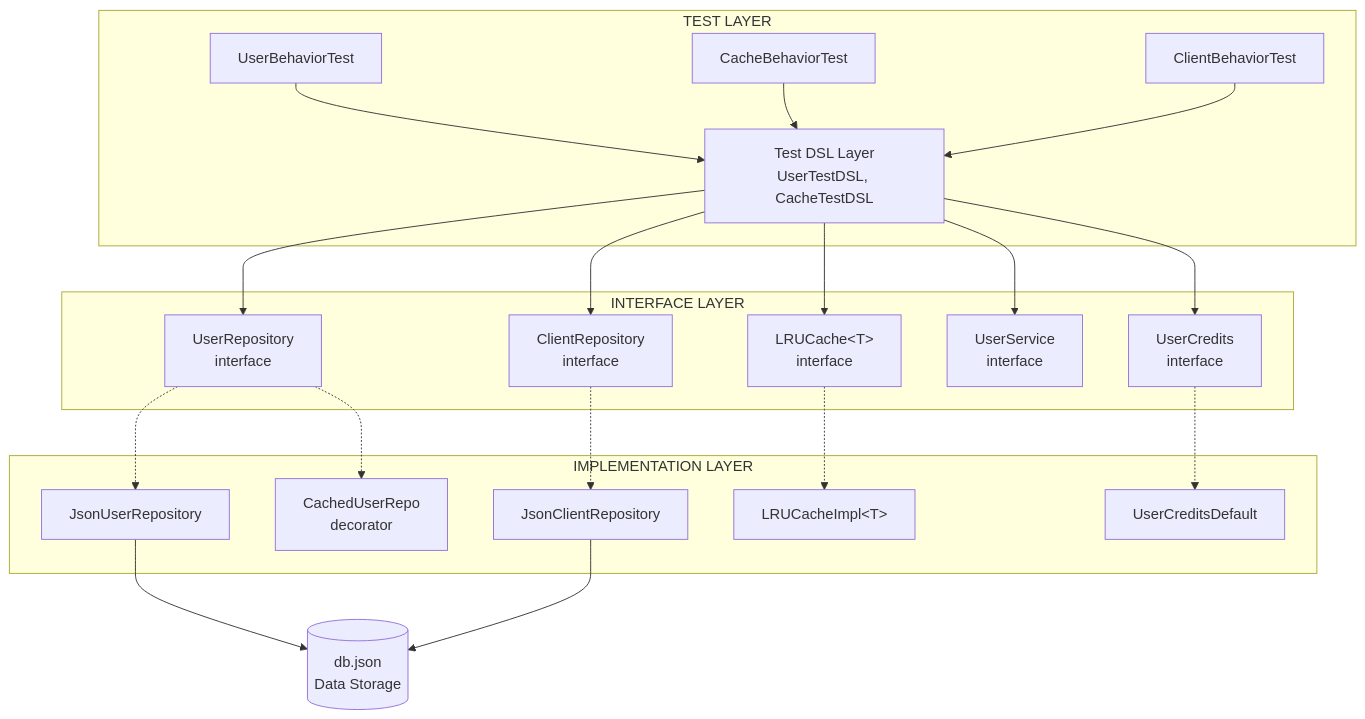
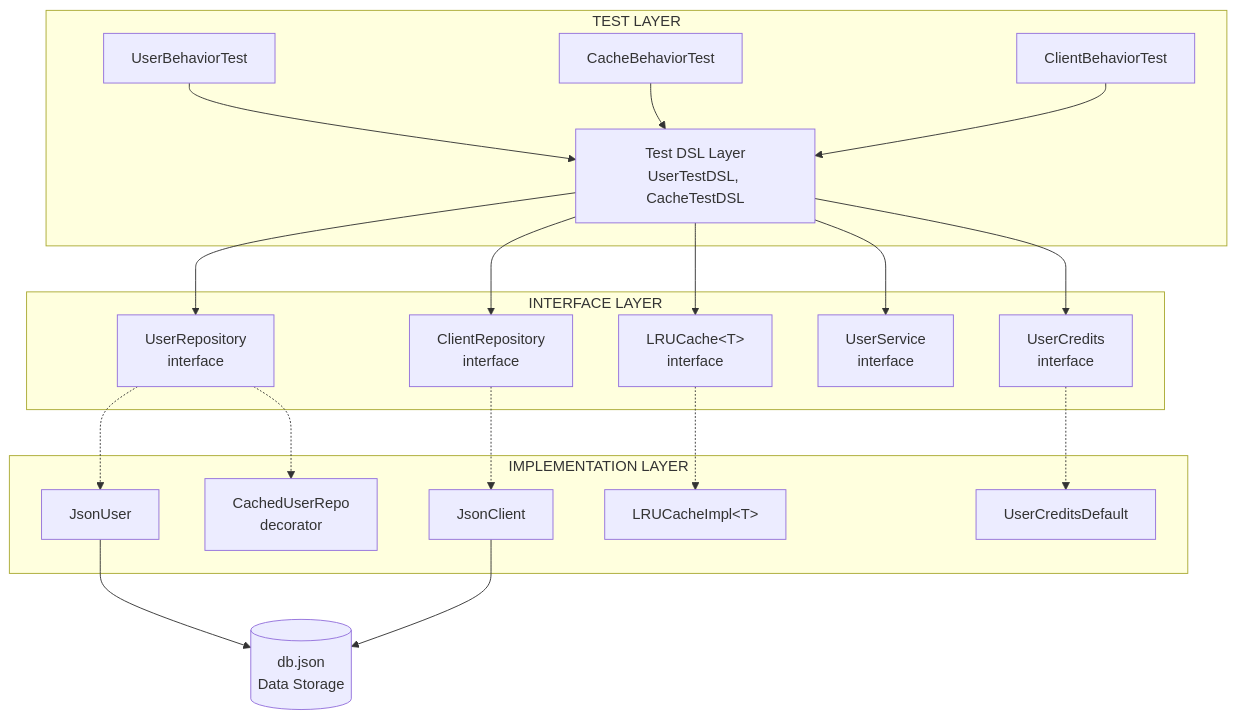
Before and after one commit to GitSmart86/BDD-Example-Kotlin: the first of 3 diagrams in docs/ARCHITECTURE.md, drawn with Mermaid. The commit also changed other lines of this file and 5 other files, not shown here.

````diff
--- a/docs/ARCHITECTURE.md
+++ b/docs/ARCHITECTURE.md
@@ -21,34 +21,34 @@
 ```mermaid
 flowchart TB
     subgraph TEST["TEST LAYER"]
         UBT[UserBehaviorTest]
         CBT[CacheBehaviorTest]
         CLBT[ClientBehaviorTest]
         UBT & CBT & CLBT --> DSL[Test DSL Layer<br/>UserTestDSL, CacheTestDSL]
     end
 
     subgraph INTERFACE["INTERFACE LAYER"]
         UR[UserRepository<br/>interface]
         CR[ClientRepository<br/>interface]
         LC[LRUCache&lt;T&gt;<br/>interface]
         US[UserService<br/>interface]
         CP[UserCredits<br/>interface]
     end
 
     subgraph IMPL["IMPLEMENTATION LAYER"]
-        JUR[JsonUserRepository]
-        JCR[JsonClientRepository]
+        JUR[JsonUser]
+        JCR[JsonClient]
         LCI[LRUCacheImpl&lt;T&gt;]
         CUR[CachedUserRepo<br/>decorator]
         DCP[UserCreditsDefault]
     end
 
     DB[(db.json<br/>Data Storage)]
 
     DSL --> UR & CR & LC & US & CP
     UR -.-> JUR & CUR
     CR -.-> JCR
     LC -.-> LCI
     CP -.-> DCP
     JUR & JCR --> DB
 ```
````
